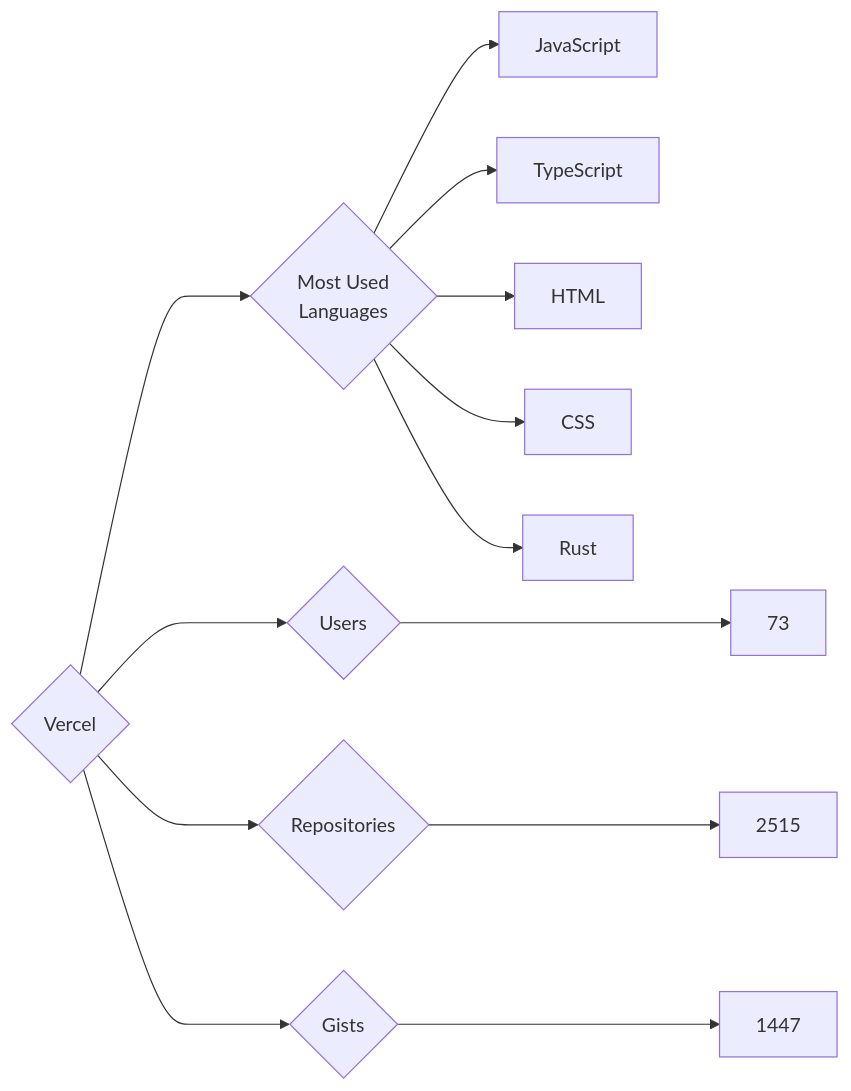
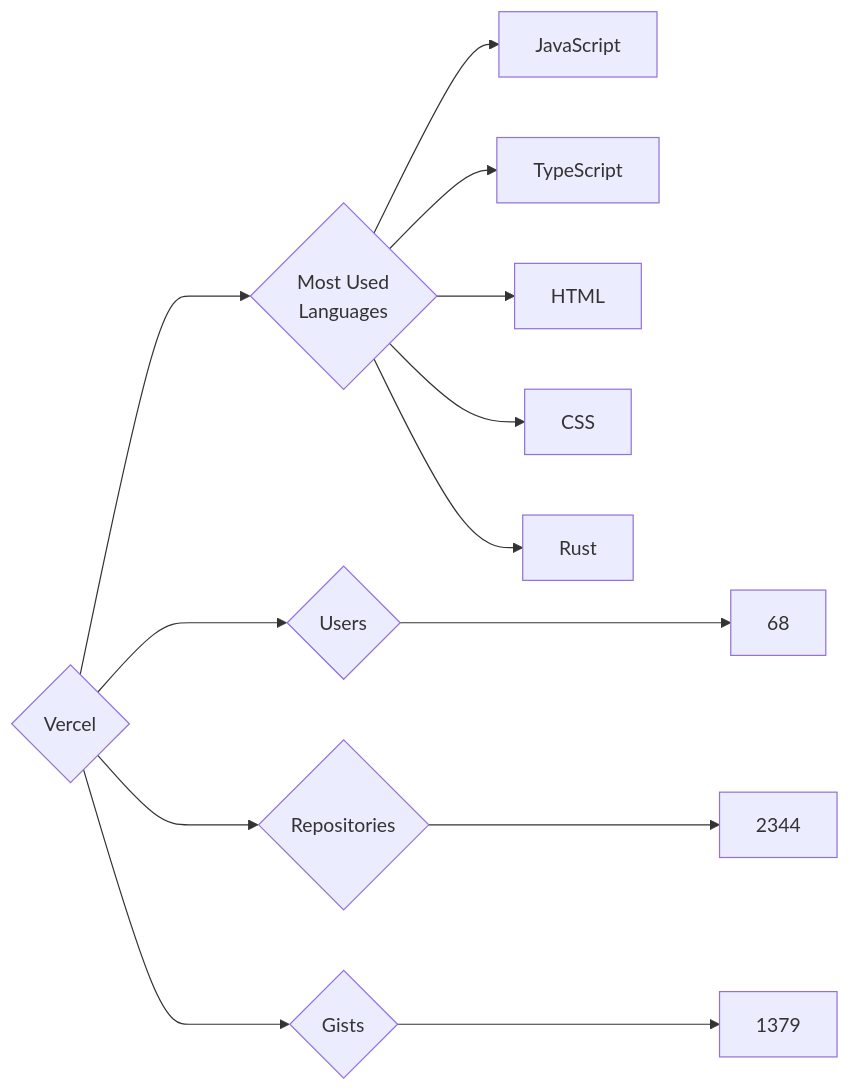
Before and after one commit to trickest/insiders: the diagram in targets/Vercel/README.md, drawn with Mermaid. The commit also changed 1011 other files, not shown here.

````diff
--- a/targets/Vercel/README.md
+++ b/targets/Vercel/README.md
@@ -3,13 +3,13 @@
 ```mermaid
 graph LR
 COMPANY_NAME{Vercel}
-COMPANY_NAME ---> U{Users} ---> UN[73]
-COMPANY_NAME ---> R{Repositories} ---> RN[2515]
-COMPANY_NAME ---> G{Gists} ---> GN[1447]
+COMPANY_NAME ---> U{Users} ---> UN[68]
+COMPANY_NAME ---> R{Repositories} ---> RN[2344]
+COMPANY_NAME ---> G{Gists} ---> GN[1379]
 COMPANY_NAME ---> ML{Most Used<br>Languages}
 ML --> JavaScript[JavaScript]
 ML --> TypeScript[TypeScript]
 ML --> HTML[HTML]
 ML --> CSS[CSS]
 ML --> Rust[Rust]
 ```
````
